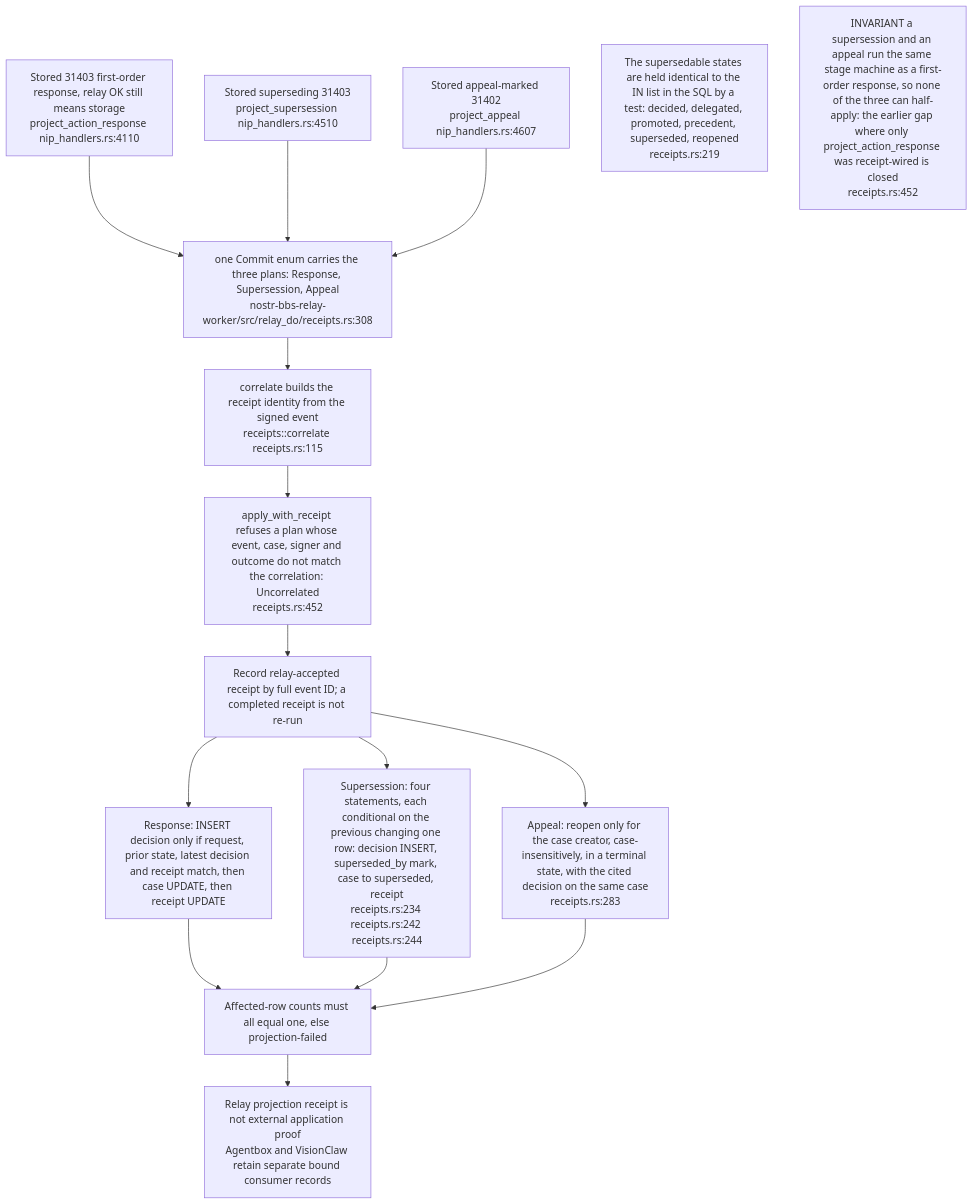
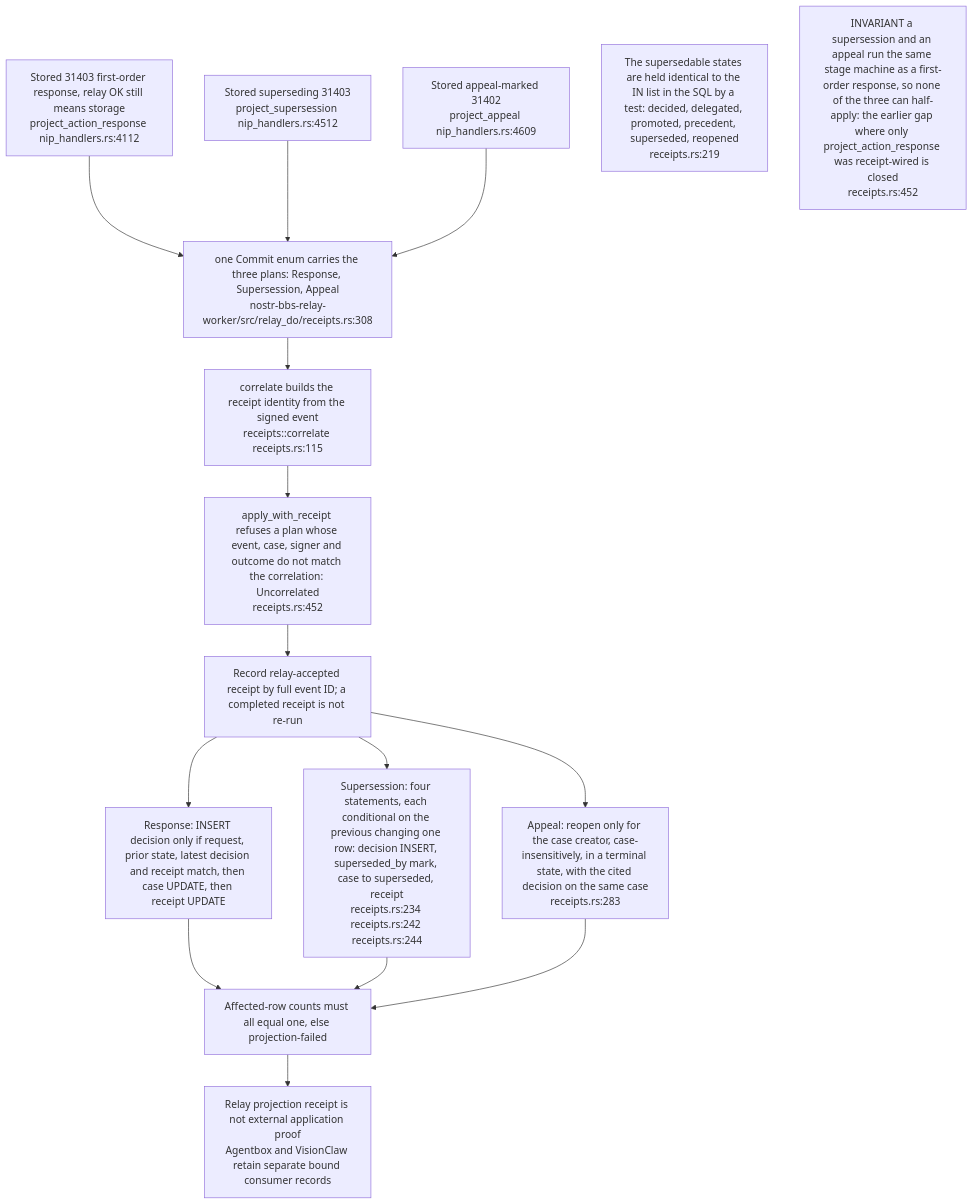
Before and after one commit to DreamLab-AI/VisionFlow: the ninth of 18 diagrams in docs/diagrams/nostr-rust-forum/06-agent-control-surface-31400-31405.md, drawn with Mermaid. The commit also changed other lines of this file and 11 other files, not shown here.

````diff
--- a/docs/diagrams/nostr-rust-forum/06-agent-control-surface-31400-31405.md
+++ b/docs/diagrams/nostr-rust-forum/06-agent-control-surface-31400-31405.md
@@ -278,21 +278,21 @@
 ```mermaid
 flowchart TB
-    RESP["Stored 31403 first-order response, relay OK still means storage<br/>project_action_response nip_handlers.rs:4110"]
-    SUP["Stored superseding 31403<br/>project_supersession nip_handlers.rs:4510"]
-    APP["Stored appeal-marked 31402<br/>project_appeal nip_handlers.rs:4607"]
+    RESP["Stored 31403 first-order response, relay OK still means storage<br/>project_action_response nip_handlers.rs:4112"]
+    SUP["Stored superseding 31403<br/>project_supersession nip_handlers.rs:4512"]
+    APP["Stored appeal-marked 31402<br/>project_appeal nip_handlers.rs:4609"]
     COMMIT["one Commit enum carries the three plans: Response, Supersession, Appeal<br/>nostr-bbs-relay-worker/src/relay_do/receipts.rs:308"]
     CORR["correlate builds the receipt identity from the signed event<br/>receipts::correlate receipts.rs:115"]
     MATCH["apply_with_receipt refuses a plan whose event, case, signer and outcome do not match the correlation: Uncorrelated<br/>receipts.rs:452"]
     ACCEPT["Record relay-accepted receipt by full event ID; a completed receipt is not re-run"]
     SQLR["Response: INSERT decision only if request, prior state, latest decision and receipt match, then case UPDATE, then receipt UPDATE"]
     SQLS["Supersession: four statements, each conditional on the previous changing one row: decision INSERT, superseded_by mark, case to superseded, receipt<br/>receipts.rs:234 receipts.rs:242 receipts.rs:244"]
     SQLA["Appeal: reopen only for the case creator, case-insensitively, in a terminal state, with the cited decision on the same case<br/>receipts.rs:283"]
     CHECK["Affected-row counts must all equal one, else projection-failed"]
     LIMIT["Relay projection receipt is not external application proof<br/>Agentbox and VisionClaw retain separate bound consumer records"]
 
     RESP & SUP & APP --> COMMIT --> CORR --> MATCH --> ACCEPT
     ACCEPT --> SQLR & SQLS & SQLA --> CHECK --> LIMIT
 
     N1["The supersedable states are held identical to the IN list in the SQL by a test: decided, delegated, promoted, precedent, superseded, reopened<br/>receipts.rs:219"]
     N2["INVARIANT a supersession and an appeal run the same stage machine as a first-order response, so none of the three can half-apply: the earlier gap where only project_action_response was receipt-wired is closed<br/>receipts.rs:452"]
 ```
````
